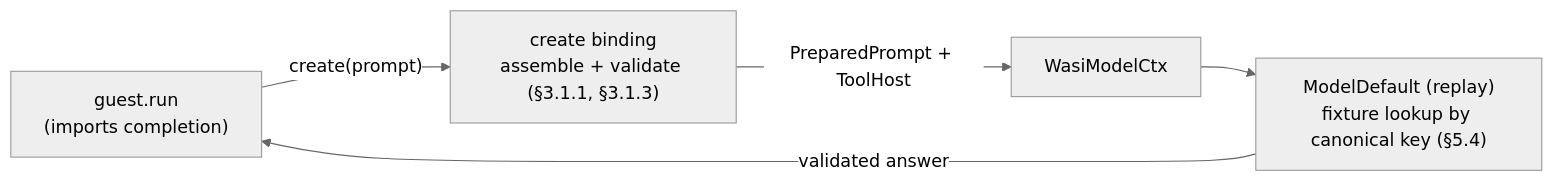
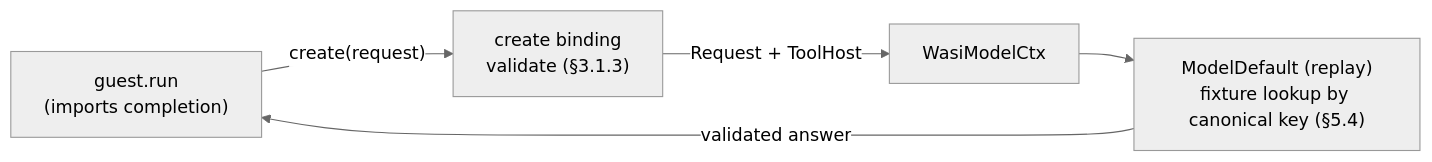
Before and after one commit to augentic/omnia: the diagram in examples/model/README.md, drawn with Mermaid (neutral theme). The commit also changed other lines of this file and 131 other files, not shown here.

````diff
--- a/examples/model/README.md
+++ b/examples/model/README.md
@@ -14,7 +14,7 @@
 ```mermaid
 flowchart LR
-  guest["guest.run<br/>(imports completion)"] -->|"create(prompt)"| bind["create binding<br/>assemble + validate (§3.1.1, §3.1.3)"]
-  bind -->|"PreparedPrompt + ToolHost"| ctx["WasiModelCtx"]
+  guest["guest.run<br/>(imports completion)"] -->|"create(request)"| bind["create binding<br/>validate (§3.1.3)"]
+  bind -->|"Request + ToolHost"| ctx["WasiModelCtx"]
   ctx --> replay["ModelDefault (replay)<br/>fixture lookup by canonical key (§5.4)"]
   replay -->|"validated answer"| guest
 ```
````
